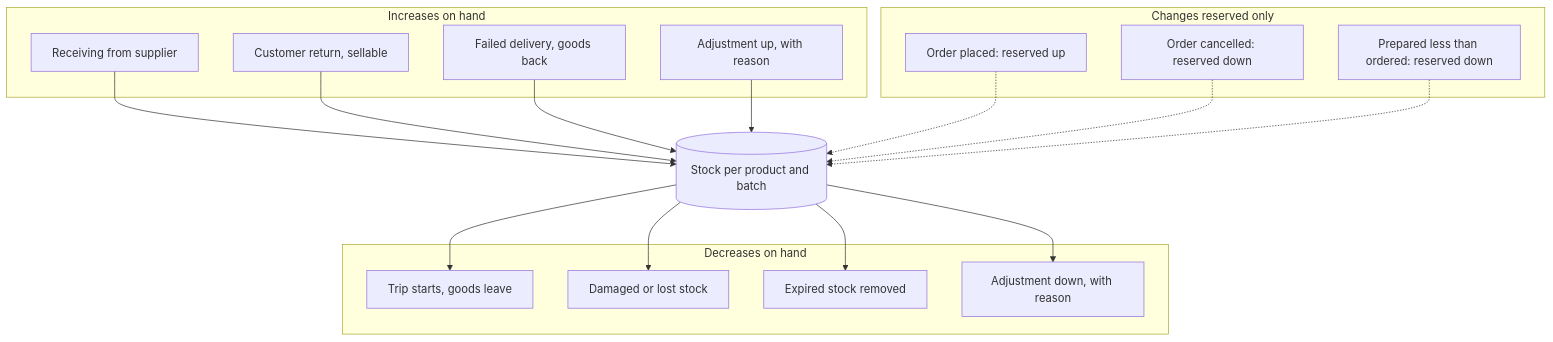
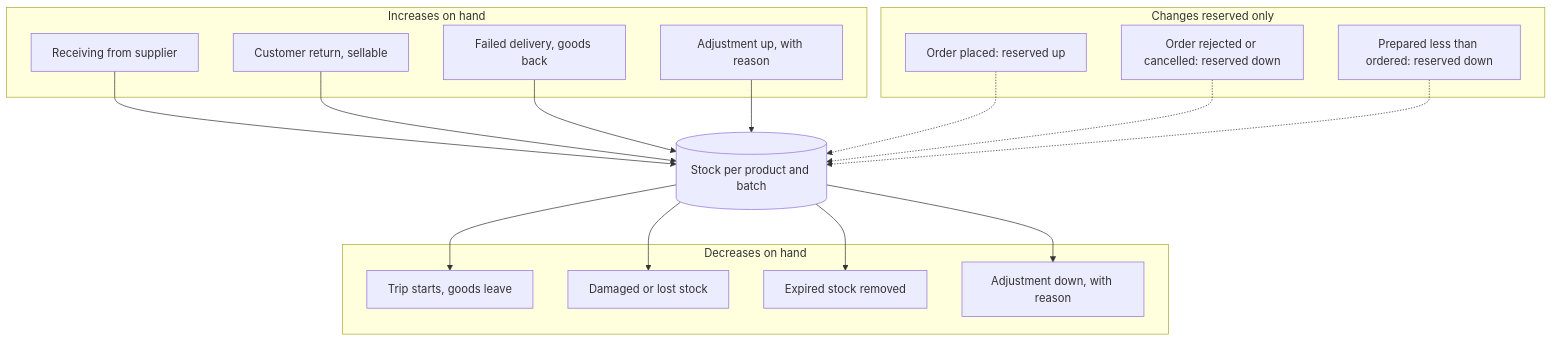
The second of 3 diagrams in docs/workflows/07-inventory-movements.md (AhmedElnagarUU/Cosmo), drawn with Mermaid before and after one commit. The commit also changed other lines of this file and 33 other files, not shown here.

````diff
--- a/docs/workflows/07-inventory-movements.md
+++ b/docs/workflows/07-inventory-movements.md
@@ -19,36 +19,36 @@
 ```mermaid
 flowchart TD
     subgraph Increases on hand
         I1[Receiving from supplier]
         I2[Customer return, sellable]
         I3[Failed delivery, goods back]
         I4[Adjustment up, with reason]
     end
 
     subgraph Decreases on hand
         D1[Trip starts, goods leave]
         D2[Damaged or lost stock]
         D3[Expired stock removed]
         D4[Adjustment down, with reason]
     end
 
     subgraph Changes reserved only
         R1[Order placed: reserved up]
-        R2[Order cancelled: reserved down]
+        R2[Order rejected or cancelled: reserved down]
         R3[Prepared less than ordered: reserved down]
     end
 
     STOCK[(Stock per product and batch)]
 
     I1 --> STOCK
     I2 --> STOCK
     I3 --> STOCK
     I4 --> STOCK
     STOCK --> D1
     STOCK --> D2
     STOCK --> D3
     STOCK --> D4
     R1 -.-> STOCK
     R2 -.-> STOCK
     R3 -.-> STOCK
 ```
````
